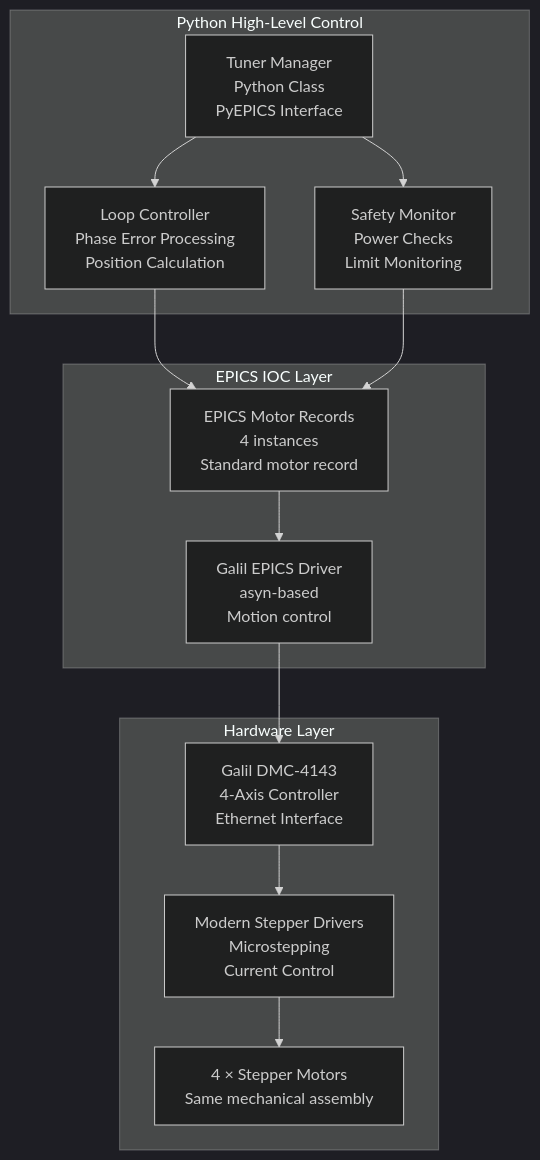
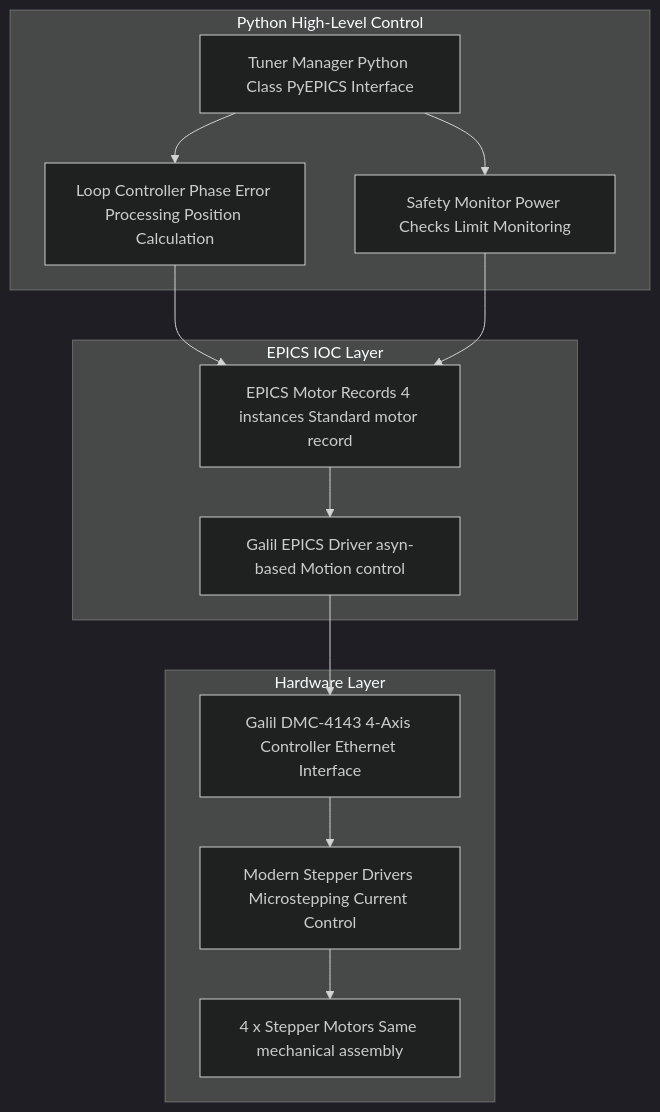
One commit to fayaw/spearlegacyLLRF changed diagram 14 of 18 in SPEAR3_LLRF_COMPREHENSIVE_ANALYSIS.md. Above: the diagram before and after it, drawn with Mermaid (dark theme). The commit also changed other lines of this file, not shown here.

First line of the commit message:
Fix Mermaid diagram syntax errors

````diff
--- a/SPEAR3_LLRF_COMPREHENSIVE_ANALYSIS.md
+++ b/SPEAR3_LLRF_COMPREHENSIVE_ANALYSIS.md
@@ -676,34 +676,34 @@
 ```mermaid
 graph TB
-    subgraph "Python High-Level Control"
-        Tuner_Manager[Tuner Manager<br/>Python Class<br/>PyEPICS Interface]
-        
-        Loop_Controller[Loop Controller<br/>Phase Error Processing<br/>Position Calculation]
-        
-        Safety_Monitor[Safety Monitor<br/>Power Checks<br/>Limit Monitoring]
-    end
-    
-    subgraph "EPICS IOC Layer"
-        Motor_Records[EPICS Motor Records<br/>4 instances<br/>Standard motor record]
-        
-        Galil_Driver[Galil EPICS Driver<br/>asyn-based<br/>Motion control]
-    end
-    
-    subgraph "Hardware Layer"
-        Galil_Controller[Galil DMC-4143<br/>4-Axis Controller<br/>Ethernet Interface]
-        
-        Stepper_Drivers[Modern Stepper Drivers<br/>Microstepping<br/>Current Control]
-        
-        Motors[4 × Stepper Motors<br/>Same mechanical assembly]
-    end
-    
-    Tuner_Manager --> Loop_Controller
-    Tuner_Manager --> Safety_Monitor
-    Loop_Controller --> Motor_Records
-    Safety_Monitor --> Motor_Records
-    
-    Motor_Records --> Galil_Driver
-    Galil_Driver --> Galil_Controller
-    Galil_Controller --> Stepper_Drivers
-    Stepper_Drivers --> Motors
+ subgraph "Python High-Level Control"
+ Tuner_Manager[Tuner Manager Python Class PyEPICS Interface]
+ 
+ Loop_Controller[Loop Controller Phase Error Processing Position Calculation]
+ 
+ Safety_Monitor[Safety Monitor Power Checks Limit Monitoring]
+ end
+ 
+ subgraph "EPICS IOC Layer"
+ Motor_Records[EPICS Motor Records 4 instances Standard motor record]
+ 
+ Galil_Driver[Galil EPICS Driver asyn-based Motion control]
+ end
+ 
+ subgraph "Hardware Layer"
+ Galil_Controller[Galil DMC-4143 4-Axis Controller Ethernet Interface]
+ 
+ Stepper_Drivers[Modern Stepper Drivers Microstepping Current Control]
+ 
+ Motors[4 x Stepper Motors Same mechanical assembly]
+ end
+ 
+ Tuner_Manager --> Loop_Controller
+ Tuner_Manager --> Safety_Monitor
+ Loop_Controller --> Motor_Records
+ Safety_Monitor --> Motor_Records
+ 
+ Motor_Records --> Galil_Driver
+ Galil_Driver --> Galil_Controller
+ Galil_Controller --> Stepper_Drivers
+ Stepper_Drivers --> Motors
 ```
````
